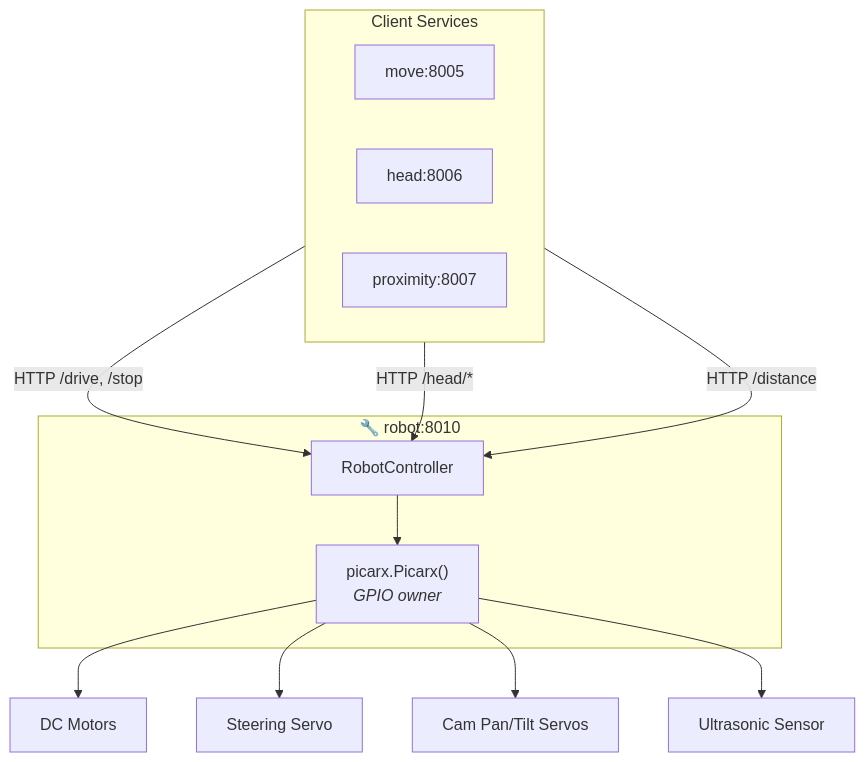
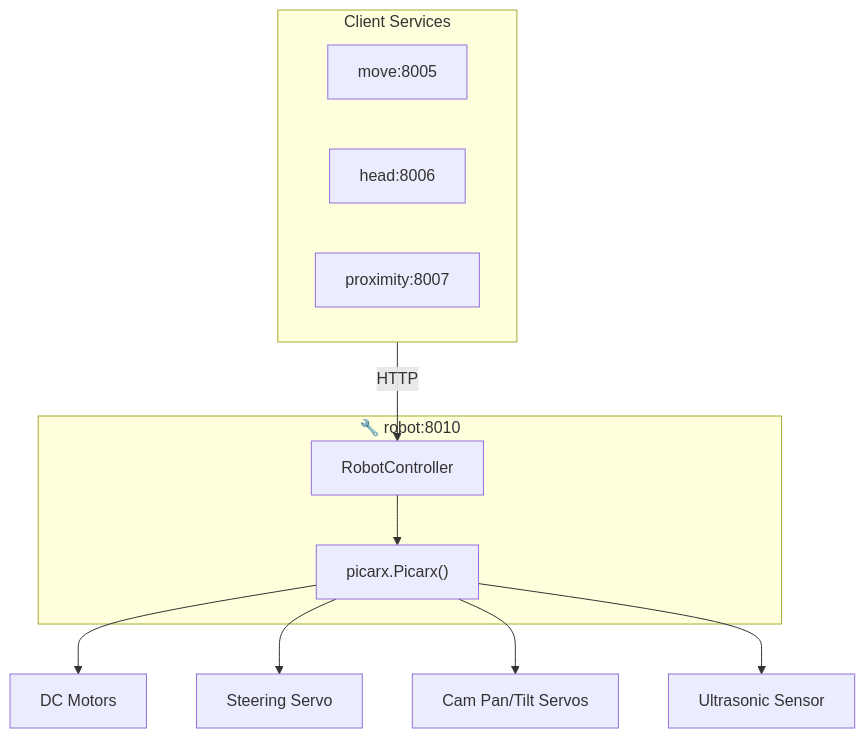
One commit to SeEngel/pi_rc_bot changed the second of 2 diagrams in README.md. Above: the diagram before and after it, drawn with Mermaid. The commit also changed other lines of this file and 112 other files, not shown here.

````diff
--- a/README.md
+++ b/README.md
@@ -377,23 +196,20 @@
 ```mermaid
 flowchart TB
     subgraph ROBOT_SVC["🔧 robot:8010"]
         RC["RobotController"]
-        PX["picarx.Picarx()<br/><i>GPIO owner</i>"]
+        PX["picarx.Picarx()"]
     end
-    
+
     subgraph CLIENTS["Client Services"]
         MOVE["move:8005"]
         HEAD["head:8006"]
         PROX["proximity:8007"]
     end
-    
-    CLIENTS -->|HTTP /drive, /stop| RC
-    CLIENTS -->|HTTP /head/*| RC
-    CLIENTS -->|HTTP /distance| RC
+
+    CLIENTS -->|HTTP| RC
     RC --> PX
-    
     PX --> MOTORS["DC Motors"]
     PX --> SERVO["Steering Servo"]
     PX --> CAMS["Cam Pan/Tilt Servos"]
     PX --> ULTRA["Ultrasonic Sensor"]
 ```
````
